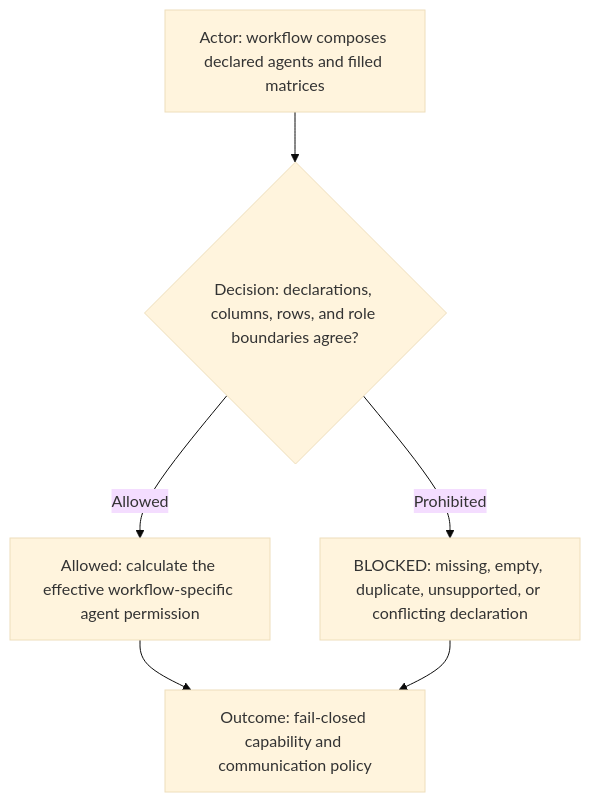
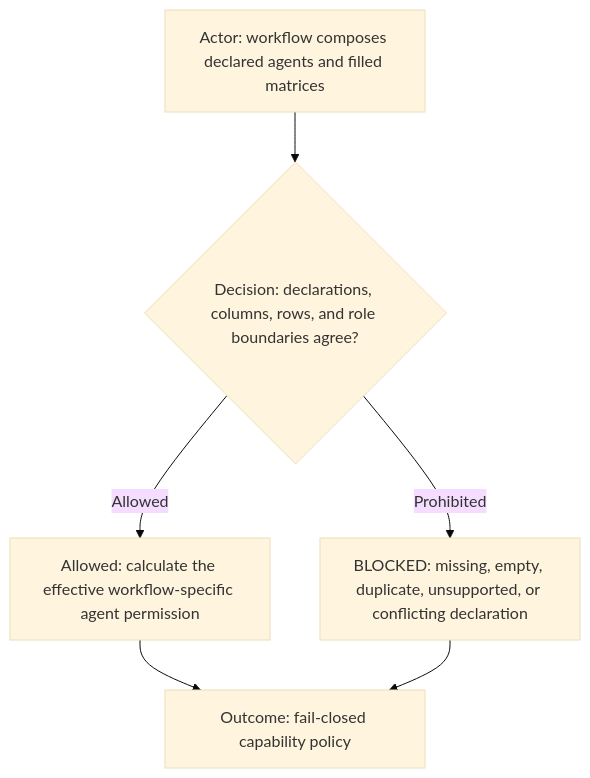
Before and after one commit to starodubtsevconsulting/ai-fleas: the first of 3 diagrams in ai-workflows/_common/policy/access-matrix.md, drawn with Mermaid (base theme). The commit also changed other lines of this file and 3 other files, not shown here.

Commit message:
Remove communication matrix policy concept

````diff
--- a/ai-workflows/_common/policy/access-matrix.md
+++ b/ai-workflows/_common/policy/access-matrix.md
@@ -13,8 +13,8 @@
 ```mermaid
 flowchart TD
   Actor["Actor: workflow composes declared agents and filled matrices"] --> Decision{"Decision: declarations, columns, rows, and role boundaries agree?"}
   Decision -->|Allowed| Route["Allowed: calculate the effective workflow-specific agent permission"]
   Decision -->|Prohibited| Blocked["BLOCKED: missing, empty, duplicate, unsupported, or conflicting declaration"]
-  Route --> Outcome["Outcome: fail-closed capability and communication policy"]
+  Route --> Outcome["Outcome: fail-closed capability policy"]
   Blocked --> Outcome
 ```
````
